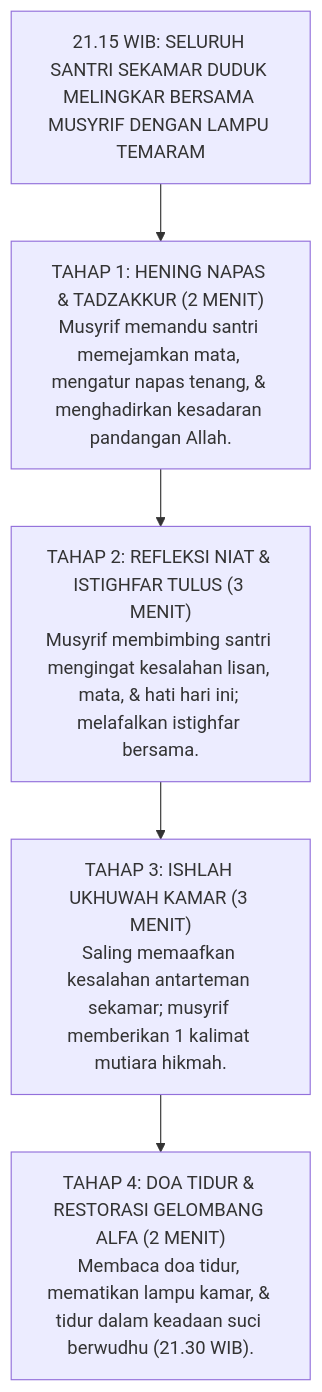
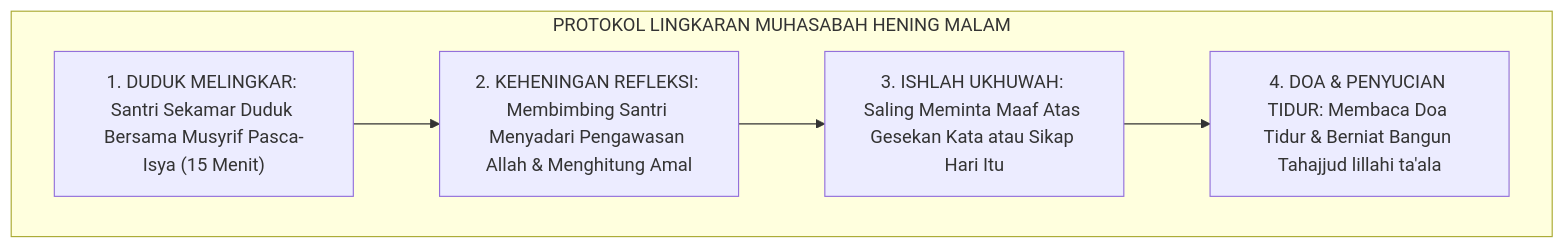
Before and after one commit to wandiapriliyandi/tumbuh: the fourth of 5 diagrams in 01 Philosophy/02 Human Nature/P1-02-04-Motivasi-Intrinsik-Santri.md, drawn with Mermaid. The commit also changed other lines of this file and 6 other files, not shown here.

````diff
--- a/01 Philosophy/02 Human Nature/P1-02-04-Motivasi-Intrinsik-Santri.md
+++ b/01 Philosophy/02 Human Nature/P1-02-04-Motivasi-Intrinsik-Santri.md
@@ -398,11 +165,11 @@
 ```mermaid
 flowchart TD
-    Start["21.15 WIB: SELURUH SANTRI SEKAMAR DUDUK MELINGKAR BERSAMA MUSYRIF DENGAN LAMPU TEMARAM"]
-    --> Step1["TAHAP 1: HENING NAPAS & TADZAKKUR (2 MENIT)<br/>Musyrif memandu santri memejamkan mata, mengatur napas tenang, & menghadirkan kesadaran pandangan Allah."]
-    
-    Step1 --> Step2["TAHAP 2: REFLEKSI NIAT & ISTIGHFAR TULUS (3 MENIT)<br/>Musyrif membimbing santri mengingat kesalahan lisan, mata, & hati hari ini; melafalkan istighfar bersama."]
-    
-    Step2 --> Step3["TAHAP 3: ISHLAH UKHUWAH KAMAR (3 MENIT)<br/>Saling memaafkan kesalahan antarteman sekamar; musyrif memberikan 1 kalimat mutiara hikmah."]
-    
-    Step3 --> Step4["TAHAP 4: DOA TIDUR & RESTORASI GELOMBANG ALFA (2 MENIT)<br/>Membaca doa tidur, mematikan lampu kamar, & tidur dalam keadaan suci berwudhu (21.30 WIB)."]
+    subgraph ProtokolHeningMalam["PROTOKOL LINGKARAN MUHASABAH HENING MALAM"]
+        Duduk["1. DUDUK MELINGKAR: Santri Sekamar Duduk Bersama Musyrif Pasca-Isya (15 Menit)"]
+        Hening["2. KEHENINGAN REFLEKSI: Membimbing Santri Menyadari Pengawasan Allah & Menghitung Amal"]
+        SalingMemaafkan["3. ISHLAH UKHUWAH: Saling Meminta Maaf Atas Gesekan Kata atau Sikap Hari Itu"]
+        Doa["4. DOA & PENYUCIAN TIDUR: Membaca Doa Tidur & Berniat Bangun Tahajjud lillahi ta'ala"]
+        
+        Duduk --> Hening --> SalingMemaafkan --> Doa
+    end
 ```
````
